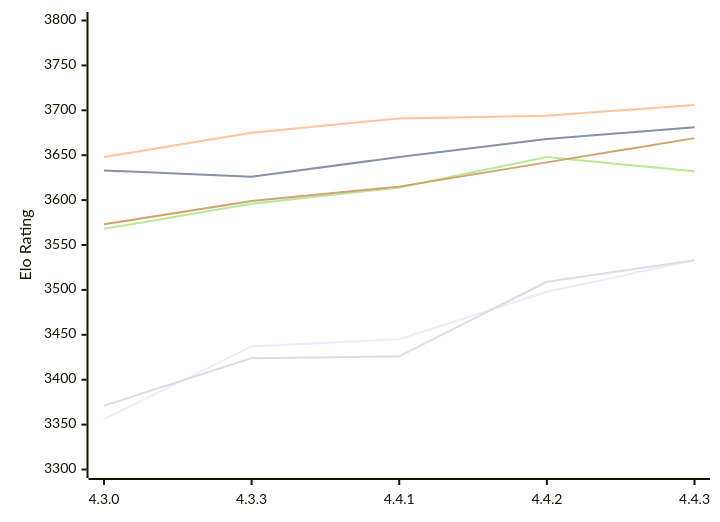
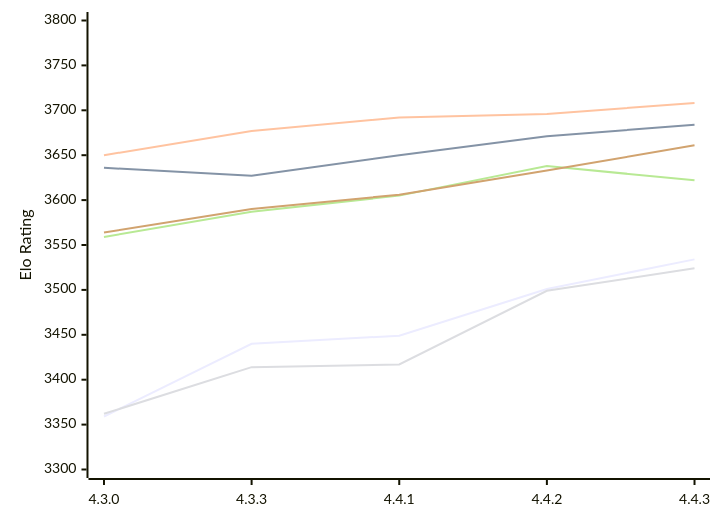
Before and after one commit to computer-chess-index/cci: the first of 2 diagrams in engines/Gaia.md, drawn with Mermaid. The commit also changed other lines of this file, not shown here.

Commit message:
Update CCI Ratings (ELO VLTC) - 2026-11-15

````diff
--- a/engines/Gaia.md
+++ b/engines/Gaia.md
@@ -61,12 +61,12 @@
 ```mermaid
 %%{init: {"theme":"base","themeVariables":{"seriesColors:['#a3a3a3','#222221','#faa371']}}}%%
 xychart-beta
   x-axis ["4.3.0", "4.3.3", "4.4.1", "4.4.2", "4.4.3"]
   y-axis "Elo Rating" 3300 --> 3800
-  line "E1: STC (8.0+0.08s)" [3356, 3437, 3445, 3498, 3533]
-  line "E1: LTC (60.0+0.60s)" [3633, 3626, 3648, 3668, 3681]
-  line "E1: VLTC (2m24s+1.12s)" [3648, 3675, 3691, 3694, 3706]
-  line "P1: STC (8.0+0.08s)" [3371, 3424, 3426, 3509, 3533]
-  line "P1: LTC (60.0+0.60s)" [3568, 3596, 3614, 3648, 3632]
-  line "P1: VLTC (2m24s+1.12s)" [3573, 3599, 3615, 3642, 3669]
+  line "E1: STC (8.0+0.08s)" [3359, 3440, 3449, 3501, 3534]
+  line "E1: LTC (60.0+0.60s)" [3636, 3627, 3650, 3671, 3684]
+  line "E1: VLTC (2m24s+1.12s)" [3650, 3677, 3692, 3696, 3708]
+  line "P1: STC (8.0+0.08s)" [3362, 3414, 3417, 3499, 3524]
+  line "P1: LTC (60.0+0.60s)" [3559, 3587, 3605, 3638, 3622]
+  line "P1: VLTC (2m24s+1.12s)" [3564, 3590, 3606, 3633, 3661]
 ```
````
